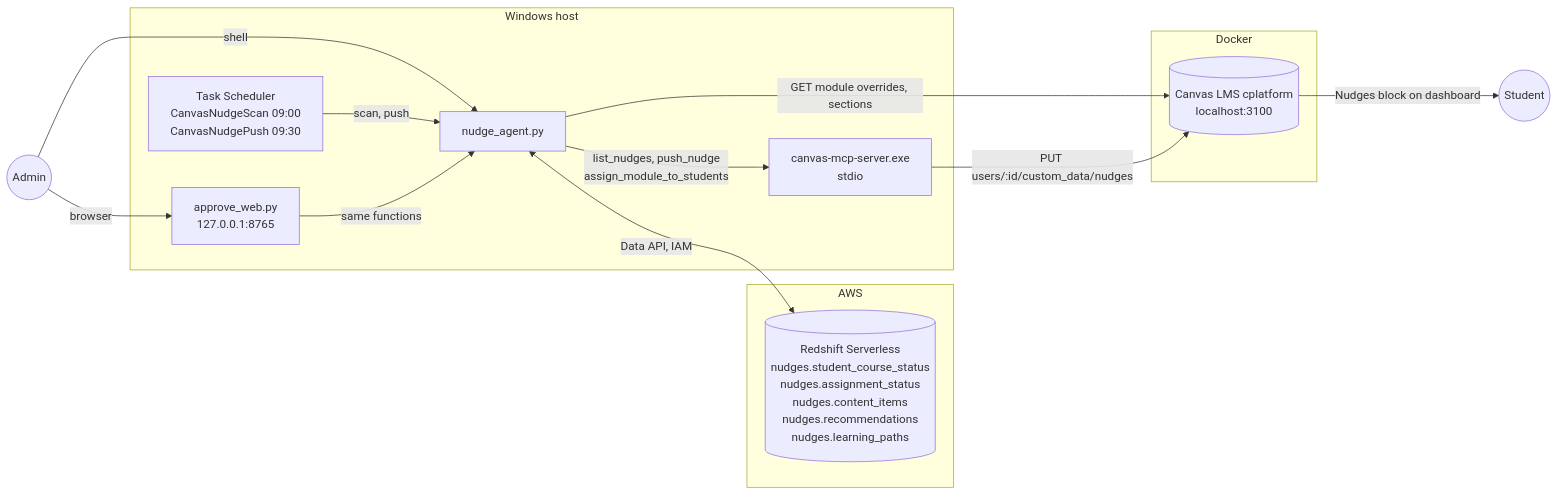
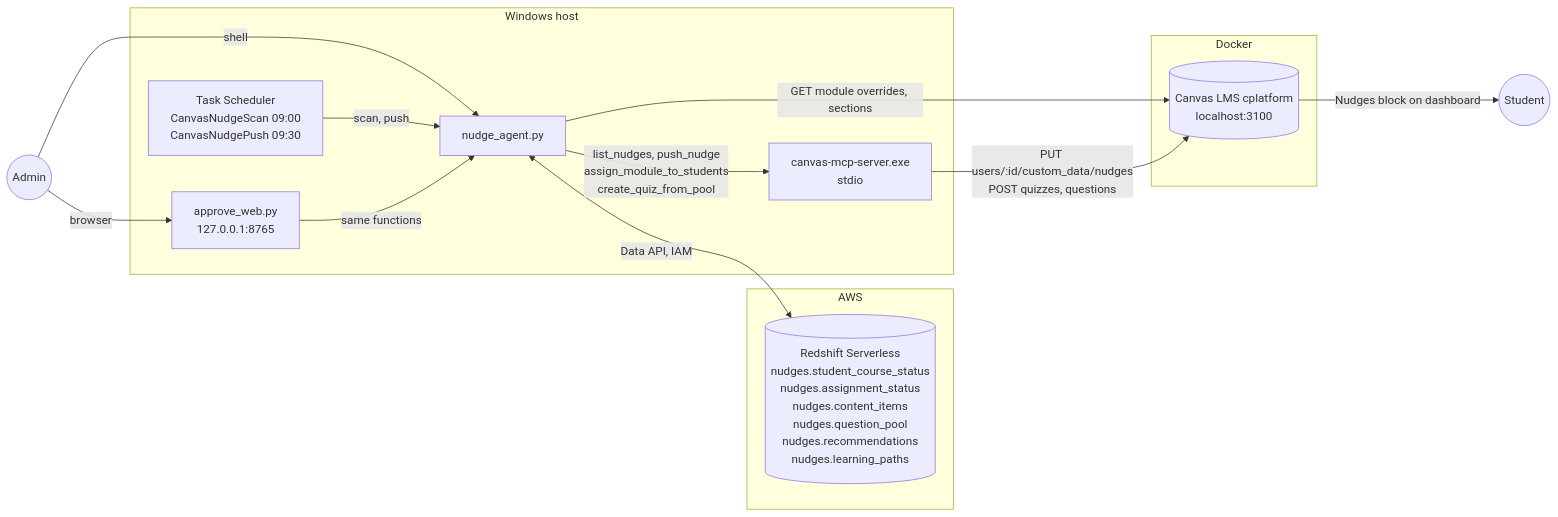
The first of 7 diagrams in docs/ARCHITECTURE.md (rdpatilds/nudge-agent), drawn with Mermaid before and after one commit. The commit also changed other lines of this file and 11 other files, not shown here.

Commit message:
Rule R2: practice quiz from the question pool through the MCP quiz tool

````diff
--- a/docs/ARCHITECTURE.md
+++ b/docs/ARCHITECTURE.md
@@ -24,24 +24,24 @@
 ```mermaid
 flowchart LR
     subgraph AWS
-        RS[(Redshift Serverless<br/>nudges.student_course_status<br/>nudges.assignment_status<br/>nudges.content_items<br/>nudges.recommendations<br/>nudges.learning_paths)]
+        RS[(Redshift Serverless<br/>nudges.student_course_status<br/>nudges.assignment_status<br/>nudges.content_items<br/>nudges.question_pool<br/>nudges.recommendations<br/>nudges.learning_paths)]
     end
     subgraph Windows host
         Sched[Task Scheduler<br/>CanvasNudgeScan 09:00<br/>CanvasNudgePush 09:30]
         CLI[nudge_agent.py]
         Web[approve_web.py<br/>127.0.0.1:8765]
         MCP[canvas-mcp-server.exe<br/>stdio]
     end
     subgraph Docker
         Canvas[(Canvas LMS cplatform<br/>localhost:3100)]
     end
     Admin((Admin)) -->|browser| Web
     Admin -->|shell| CLI
     Sched -->|scan, push| CLI
     Web -->|same functions| CLI
     CLI <-->|Data API, IAM| RS
-    CLI -->|list_nudges, push_nudge<br/>assign_module_to_students| MCP
+    CLI -->|list_nudges, push_nudge<br/>assign_module_to_students<br/>create_quiz_from_pool| MCP
     CLI -->|GET module overrides, sections| Canvas
-    MCP -->|PUT users/:id/custom_data/nudges| Canvas
+    MCP -->|PUT users/:id/custom_data/nudges<br/>POST quizzes, questions| Canvas
     Canvas -->|Nudges block on dashboard| Student((Student))
 ```
````
